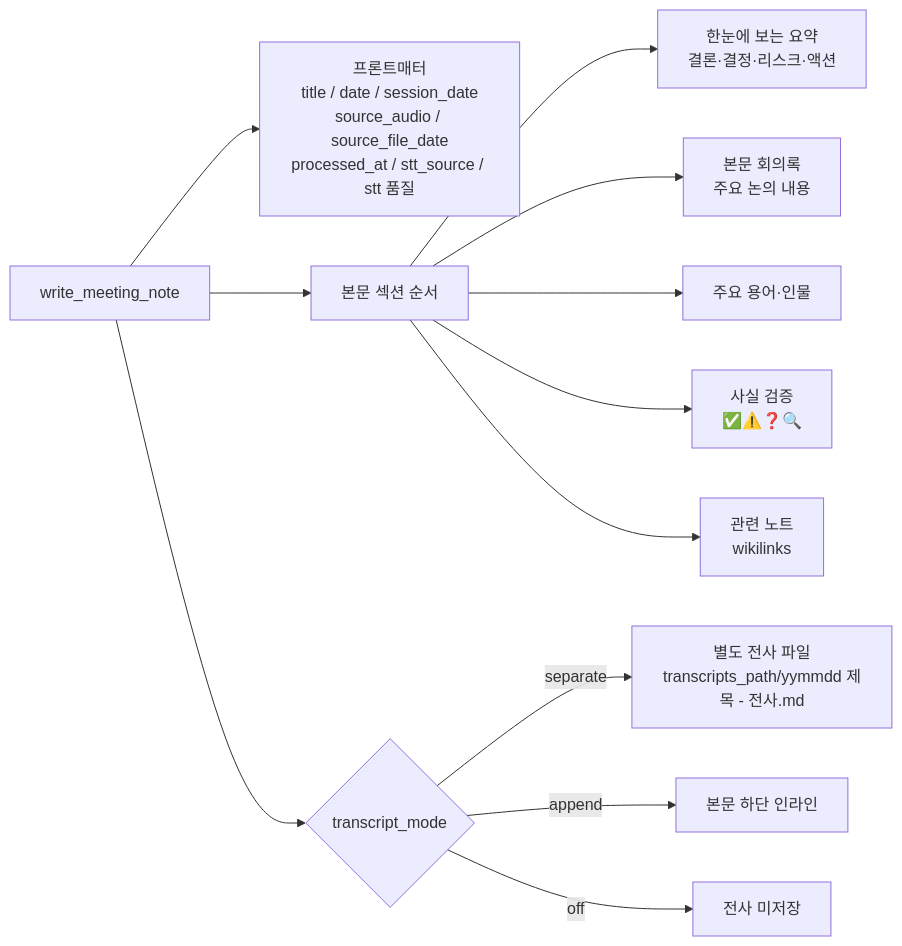
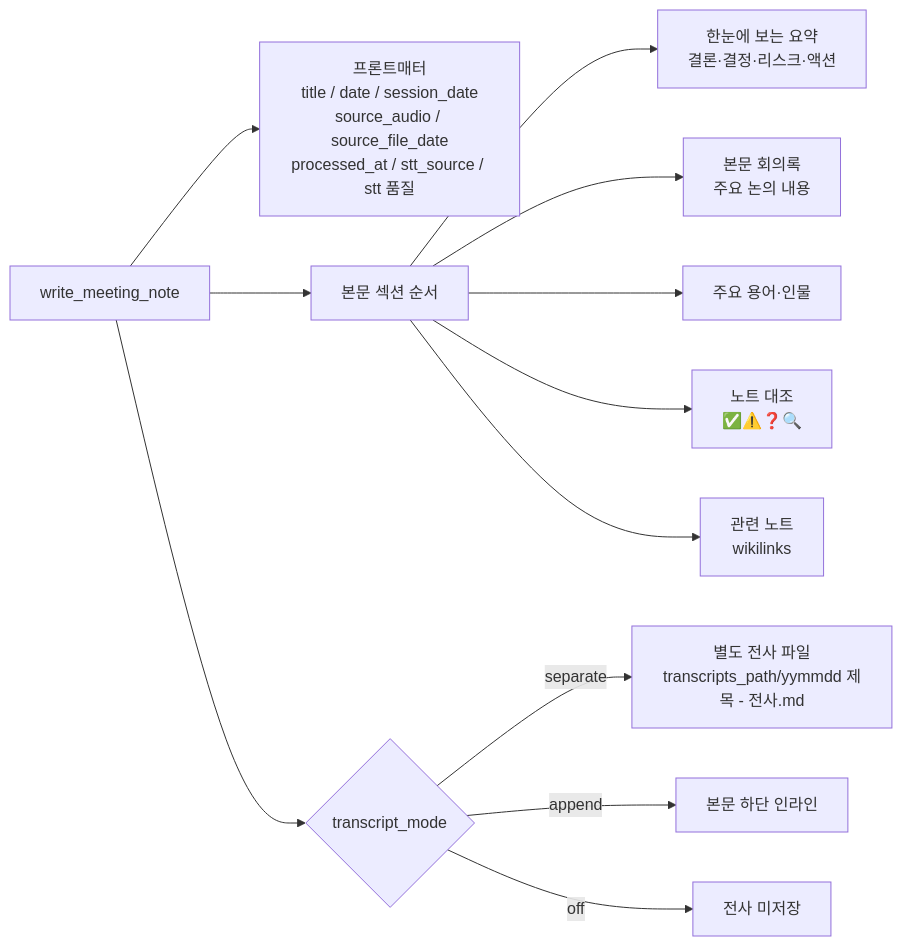
The ninth of 11 diagrams in docs/ARCHITECTURE.md (areumsim/Meeting_Minutes), drawn with Mermaid before and after one commit. The commit also changed other lines of this file and 5 other files, not shown here.

````diff
--- a/docs/ARCHITECTURE.md
+++ b/docs/ARCHITECTURE.md
@@ -509,14 +509,14 @@
 ```mermaid
 flowchart LR
     A[write_meeting_note] --> B[프론트매터\ntitle / date / session_date\nsource_audio / source_file_date\nprocessed_at / stt_source / stt 품질]
     A --> C[본문 섹션 순서]
     C --> C1[한눈에 보는 요약\n결론·결정·리스크·액션]
     C --> C2[본문 회의록\n주요 논의 내용]
     C --> C3[주요 용어·인물]
-    C --> C4[사실 검증\n✅⚠️❓🔍]
+    C --> C4[노트 대조\n✅⚠️❓🔍]
     C --> C5[관련 노트\nwikilinks]
     A --> D{transcript_mode}
     D -- separate --> E[별도 전사 파일\ntranscripts_path/yymmdd 제목 - 전사.md]
     D -- append --> F[본문 하단 인라인]
     D -- off --> G[전사 미저장]
 ```
````
